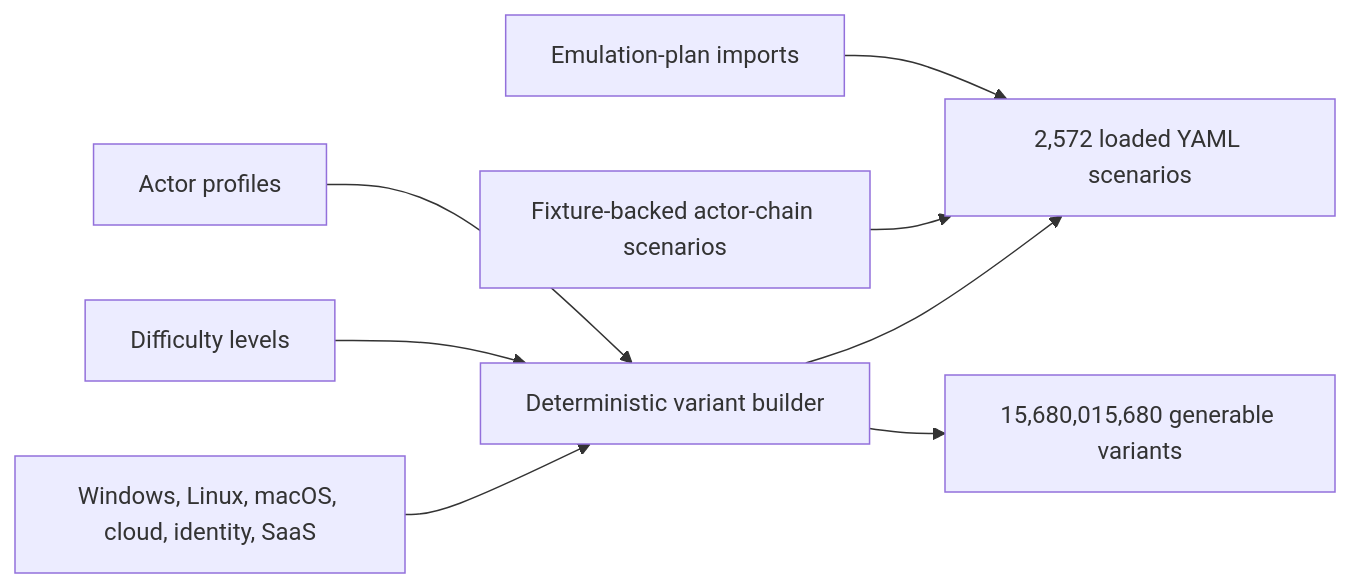
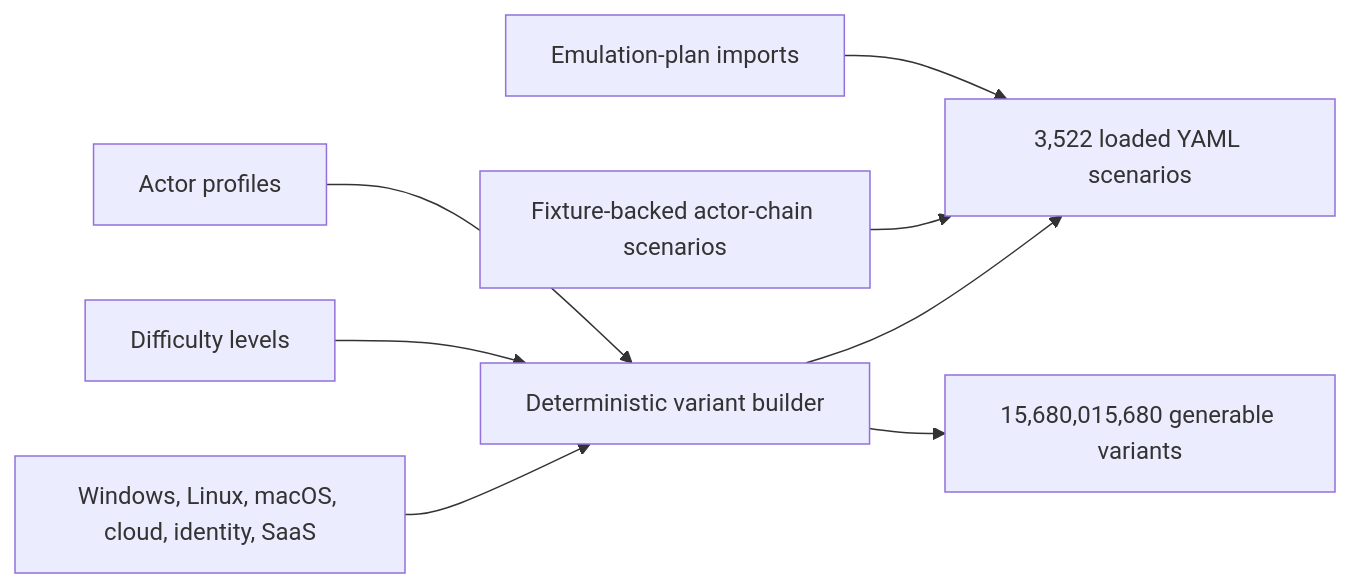
One commit to omarbabba779xx/APT-Simulator changed the fourth of 5 diagrams in README.md. Above: the diagram before and after it, drawn with Mermaid. The commit also changed other lines of this file and 964 other files, not shown here.

````diff
--- a/README.md
+++ b/README.md
@@ -85,10 +86,10 @@
 ```mermaid
 flowchart LR
     Actors["Actor profiles"] --> Variants["Deterministic variant builder"]
     Difficulty["Difficulty levels"] --> Variants
     Platforms["Windows, Linux, macOS, cloud, identity, SaaS"] --> Variants
-    AEL["Emulation-plan imports"] --> Loaded["2,572 loaded YAML scenarios"]
+    AEL["Emulation-plan imports"] --> Loaded["3,522 loaded YAML scenarios"]
     Validated["Fixture-backed actor-chain scenarios"] --> Loaded
     Variants --> Loaded
     Variants --> Space["15,680,015,680 generable variants"]
 ```
````
